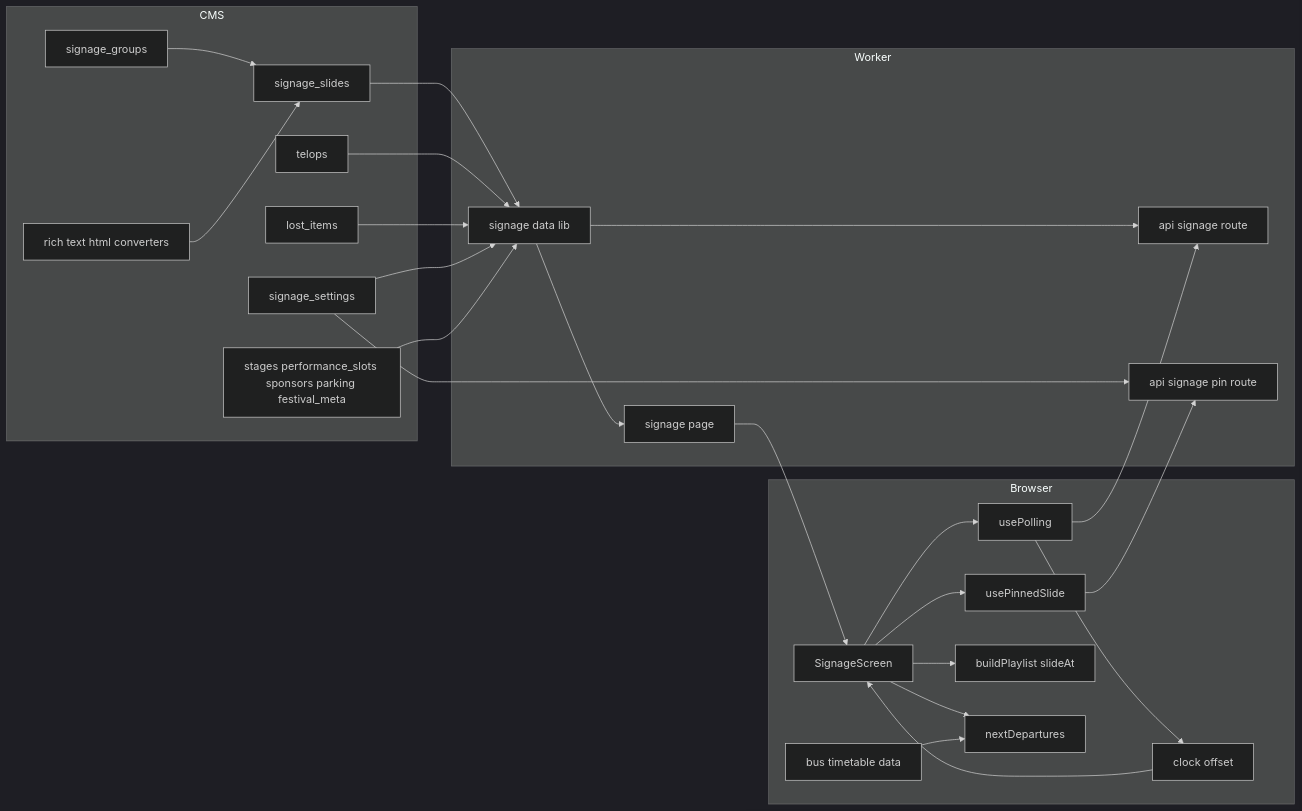
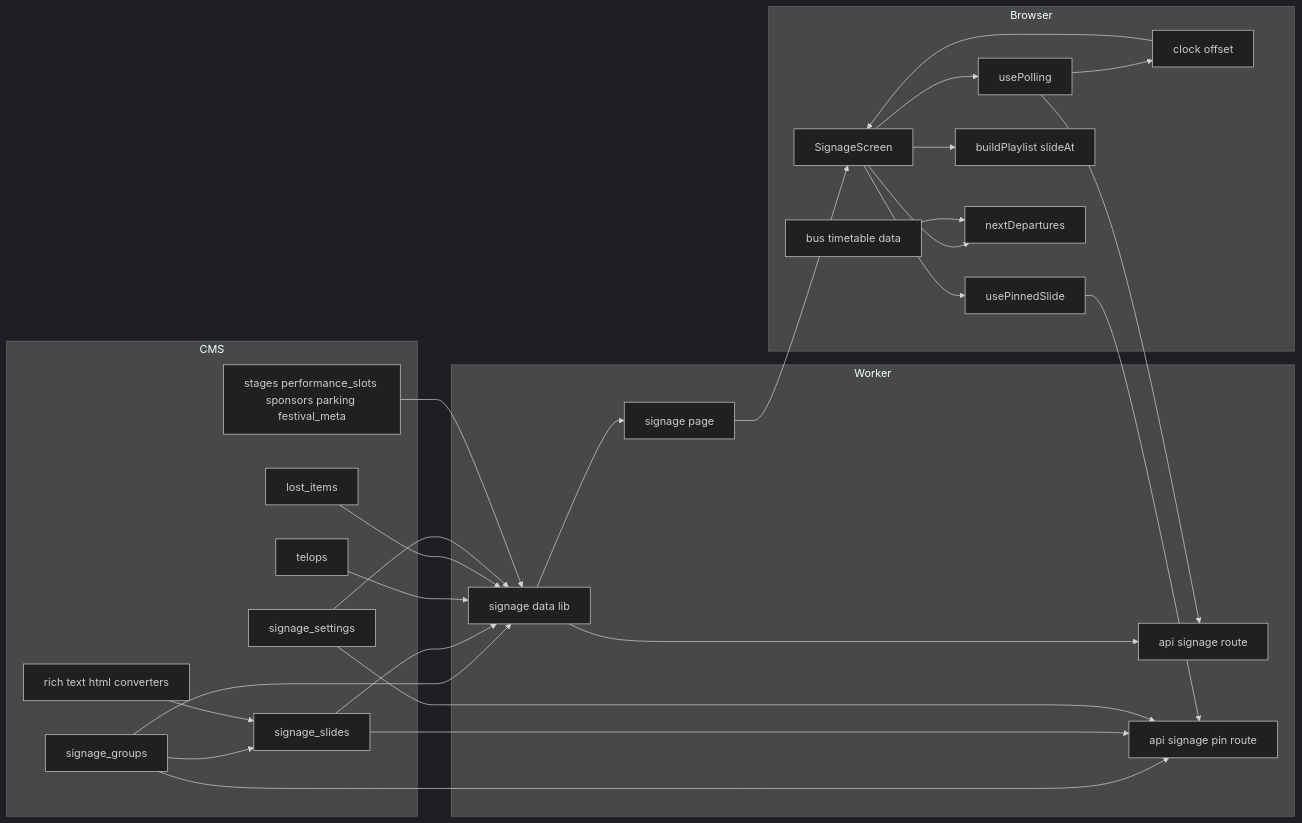
One commit to aramakisai/aramakisai-web changed the first of 6 diagrams in .kiro/specs/digital-signage/design.md. Above: the diagram before and after it, drawn with Mermaid (dark theme). The commit also changed other lines of this file and 2 other files, not shown here.

````diff
--- a/.kiro/specs/digital-signage/design.md
+++ b/.kiro/specs/digital-signage/design.md
@@ -67,47 +67,50 @@
 ```mermaid
 graph LR
   subgraph CMS
     Slides[signage_slides]
     Groups[signage_groups]
     Telops[telops]
     Lost[lost_items]
     Settings[signage_settings]
     Existing[stages performance_slots sponsors parking festival_meta]
     Conv[rich text html converters]
   end
   subgraph Worker
     Api[api signage route]
     PinApi[api signage pin route]
     Data[signage data lib]
     Page[signage page]
   end
   subgraph Browser
     Screen[SignageScreen]
     Poll[usePolling]
     PinPoll[usePinnedSlide]
     Playlist[buildPlaylist slideAt]
     Clock[clock offset]
     Bus[nextDepartures]
     BusData[bus timetable data]
   end
   Groups --> Slides
+  Groups --> Data
+  Groups --> PinApi
   Slides --> Data
+  Slides --> PinApi
   Telops --> Data
   Lost --> Data
   Settings --> Data
   Settings --> PinApi
   Existing --> Data
   Conv --> Slides
   Data --> Api
   Data --> Page
   Page --> Screen
   Poll --> Api
   Screen --> Poll
   Screen --> PinPoll
   PinPoll --> PinApi
   Poll --> Clock
   Clock --> Screen
   Screen --> Playlist
   Screen --> Bus
   BusData --> Bus
 ```
````
